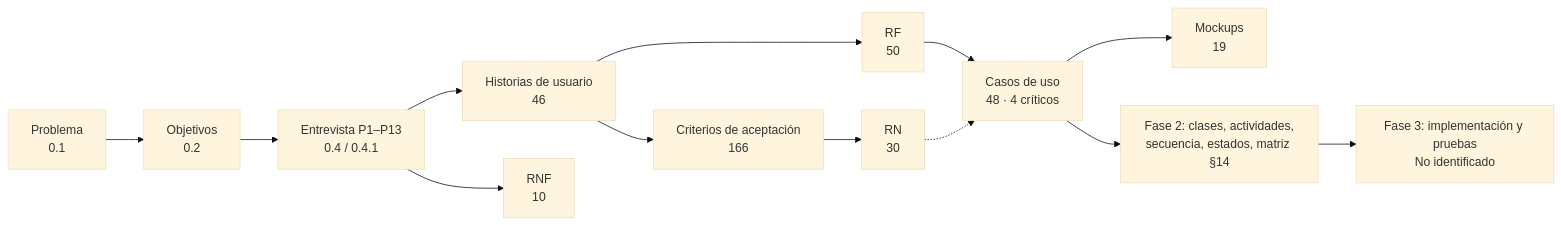
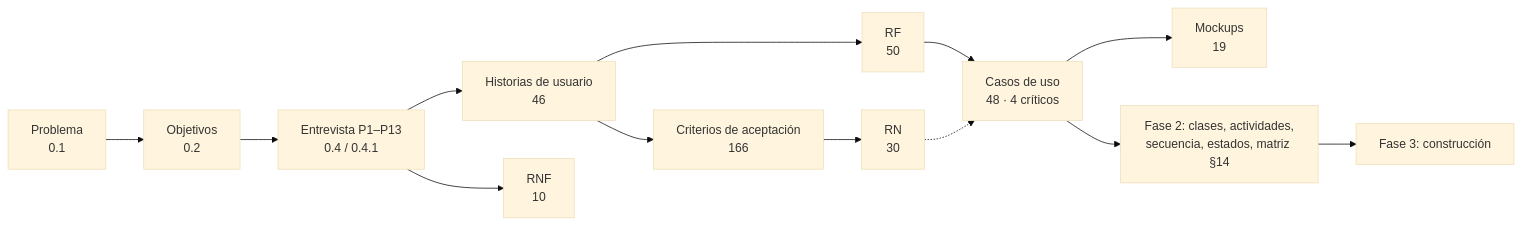
One commit to estebanvasquez0204-cyber/Mesa-TI-Solicitud-e-Incidente- changed the first of 2 diagrams in docs/apoyo/matriz_trazabilidad.md. Above: the diagram before and after it, drawn with Mermaid (base theme). The commit also changed other lines of this file and 4 other files, not shown here.

````diff
--- a/docs/apoyo/matriz_trazabilidad.md
+++ b/docs/apoyo/matriz_trazabilidad.md
@@ -24,13 +23,13 @@
 ```mermaid
 flowchart LR
     P["Problema<br/>0.1"] --> O["Objetivos<br/>0.2"] --> E["Entrevista P1–P13<br/>0.4 / 0.4.1"] --> HU["Historias de usuario<br/>46"]
     HU --> CA["Criterios de aceptación<br/>166"]
     HU --> RF["RF<br/>50"]
     CA --> RN["RN<br/>30"]
     RF --> CU["Casos de uso<br/>48 · 4 críticos"]
     RN -.-> CU
     CU --> MK["Mockups<br/>19"]
     E --> RNF["RNF<br/>10"]
     CU --> F2["Fase 2: clases, actividades,<br/>secuencia, estados, matriz §14"]
-    F2 --> F3["Fase 3: implementación y pruebas<br/>No identificado"]
+    F2 --> F3["Fase 3: construcción"]
 ```
````
